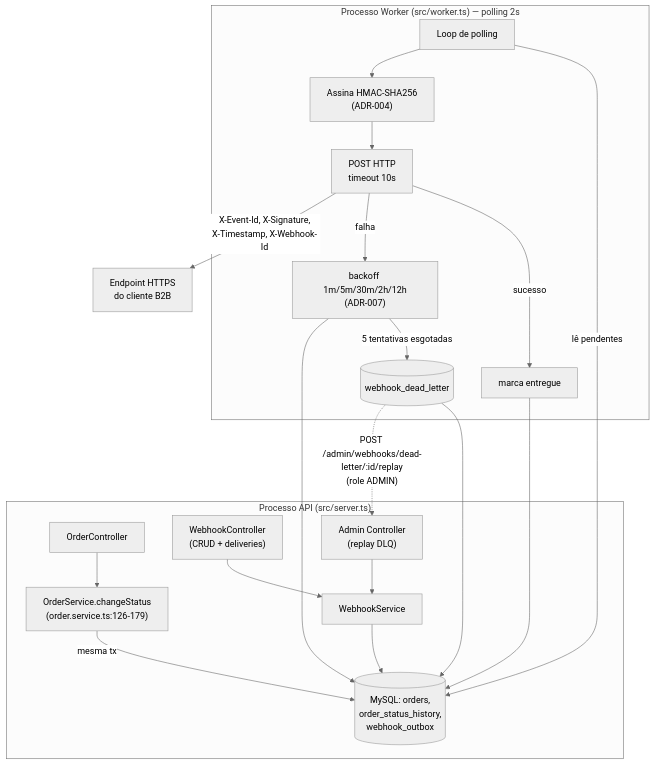
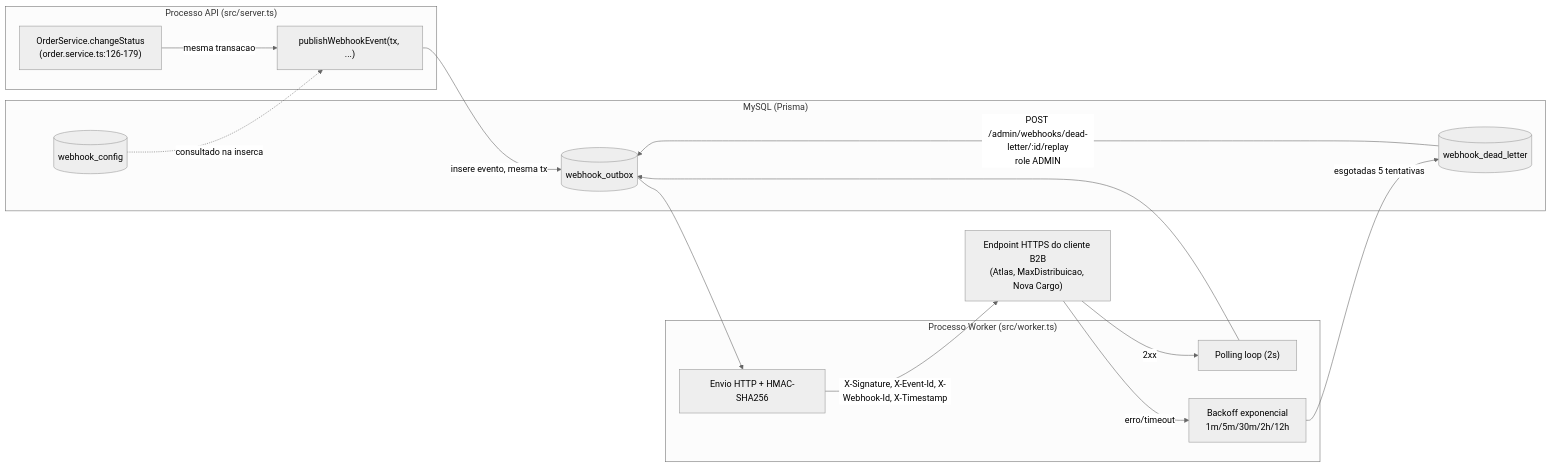
Before and after one commit to Alexandreaun/mba-ia-desafio-design-docs-com-ia: the diagram in docs/RFC.md, drawn with Mermaid (neutral theme). The commit also changed other lines of this file and 2 other files, not shown here.

````diff
--- a/docs/RFC.md
+++ b/docs/RFC.md
@@ -113,25 +139,32 @@
 ```mermaid
-flowchart TD
-    subgraph API["Processo API (src/server.ts)"]
-        OrderCtrl["OrderController"] --> OrderSvc["OrderService.changeStatus\n(order.service.ts:126-179)"]
-        OrderSvc -->|"mesma tx"| TxDB[("MySQL: orders,\norder_status_history,\nwebhook_outbox")]
-        WebhookCtrl["WebhookController\n(CRUD + deliveries)"] --> WebhookSvc["WebhookService"]
-        AdminCtrl["Admin Controller\n(replay DLQ)"] --> WebhookSvc
-        WebhookSvc --> TxDB
+flowchart LR
+    subgraph API_Process["Processo API (src/server.ts)"]
+        OS["OrderService.changeStatus\n(order.service.ts:126-179)"]
+        PWE["publishWebhookEvent(tx, ...)"]
+        OS -->|mesma transacao| PWE
     end
 
-    subgraph Worker["Processo Worker (src/worker.ts) — polling 2s"]
-        Poll["Loop de polling"] -->|"lê pendentes"| TxDB
-        Poll --> Sign["Assina HMAC-SHA256\n(ADR-004)"]
-        Sign --> Send["POST HTTP\ntimeout 10s"]
-        Send -->|"sucesso"| MarkDone["marca entregue"]
-        Send -->|"falha"| Retry["backoff 1m/5m/30m/2h/12h\n(ADR-007)"]
-        Retry -->|"5 tentativas esgotadas"| DLQ[("webhook_dead_letter")]
-        MarkDone --> TxDB
-        Retry --> TxDB
-        DLQ --> TxDB
+    subgraph DB["MySQL (Prisma)"]
+        OUT[("webhook_outbox")]
+        DLQ[("webhook_dead_letter")]
+        CFG[("webhook_config")]
     end
 
-    Send -->|"X-Event-Id, X-Signature,\nX-Timestamp, X-Webhook-Id"| Cliente["Endpoint HTTPS\ndo cliente B2B"]
-    DLQ -.->|"POST /admin/webhooks/dead-letter/:id/replay\n(role ADMIN)"| AdminCtrl
+    subgraph Worker_Process["Processo Worker (src/worker.ts)"]
+        POLL["Polling loop (2s)"]
+        SEND["Envio HTTP + HMAC-SHA256"]
+        RETRY["Backoff exponencial\n1m/5m/30m/2h/12h"]
+    end
+
+    Cliente["Endpoint HTTPS do cliente B2B\n(Atlas, MaxDistribuicao, Nova Cargo)"]
+
+    PWE -->|insere evento, mesma tx| OUT
+    CFG -.consultado na insercao.-> PWE
+    POLL --> OUT
+    OUT --> SEND
+    SEND -->|X-Signature, X-Event-Id, X-Webhook-Id, X-Timestamp| Cliente
+    Cliente -->|2xx| POLL
+    Cliente -->|erro/timeout| RETRY
+    RETRY -->|esgotadas 5 tentativas| DLQ
+    DLQ -->|POST /admin/webhooks/dead-letter/:id/replay\nrole ADMIN| OUT
 ```
````
